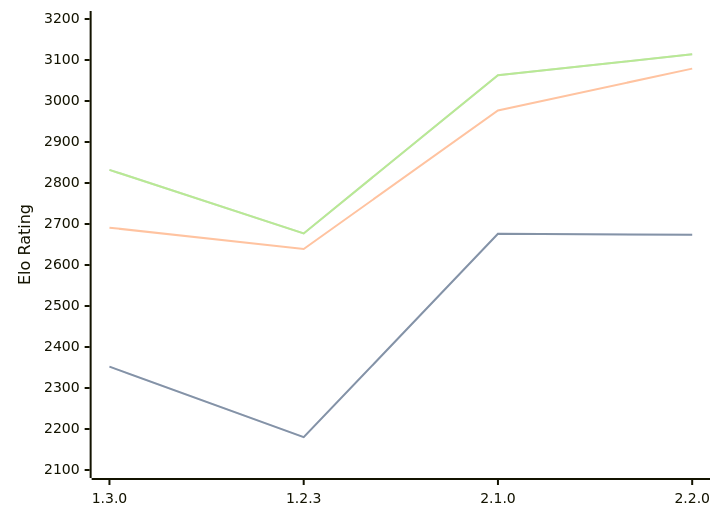
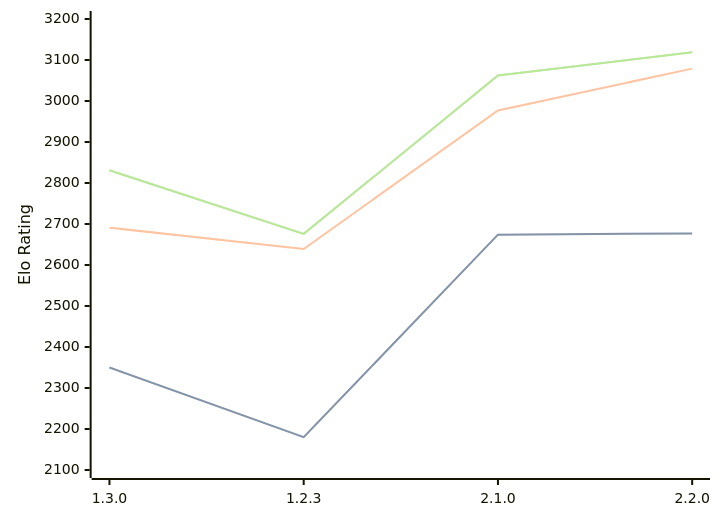
The third of 3 diagrams in engines/Aspen.md (computer-chess-index/cci), drawn with Mermaid before and after one commit. The commit also changed other lines of this file, not shown here.

Commit message:
Update CCI Ratings (ELO VLTC) - 2026-06-27

````diff
--- a/engines/Aspen.md
+++ b/engines/Aspen.md
@@ -76,11 +76,11 @@
 ```mermaid
 %%{init: {"theme":"base","themeVariables":{"seriesColors:['#a3a3a3','#222221','#faa371']}}}%%
 xychart-beta
   x-axis ["1.3.0", "1.2.3", "2.1.0", "2.2.0"]
   y-axis "Elo Rating" 2100 --> 3200
-  line "STC (8.0+0.08s)" [2352, 2180, 2676, 2674]
-  line "STC (8.0+0.08s)" [2352, 2180, 2676, 2674]
+  line "STC (8.0+0.08s)" [2350, 2180, 2674, 2677]
+  line "STC (8.0+0.08s)" [2350, 2180, 2674, 2677]
   line "LTC (60.0+0.60s)" [2691, 2639, 2977, 3079]
-  line "VLTC (2m24s+1.12s)" [2832, 2677, 3063, 3114]
-  line "VLTC (2m24s+1.12s)" [2832, 2677, 3063, 3114]
+  line "VLTC (2m24s+1.12s)" [2831, 2676, 3062, 3119]
+  line "VLTC (2m24s+1.12s)" [2831, 2676, 3062, 3119]
 ```
````
